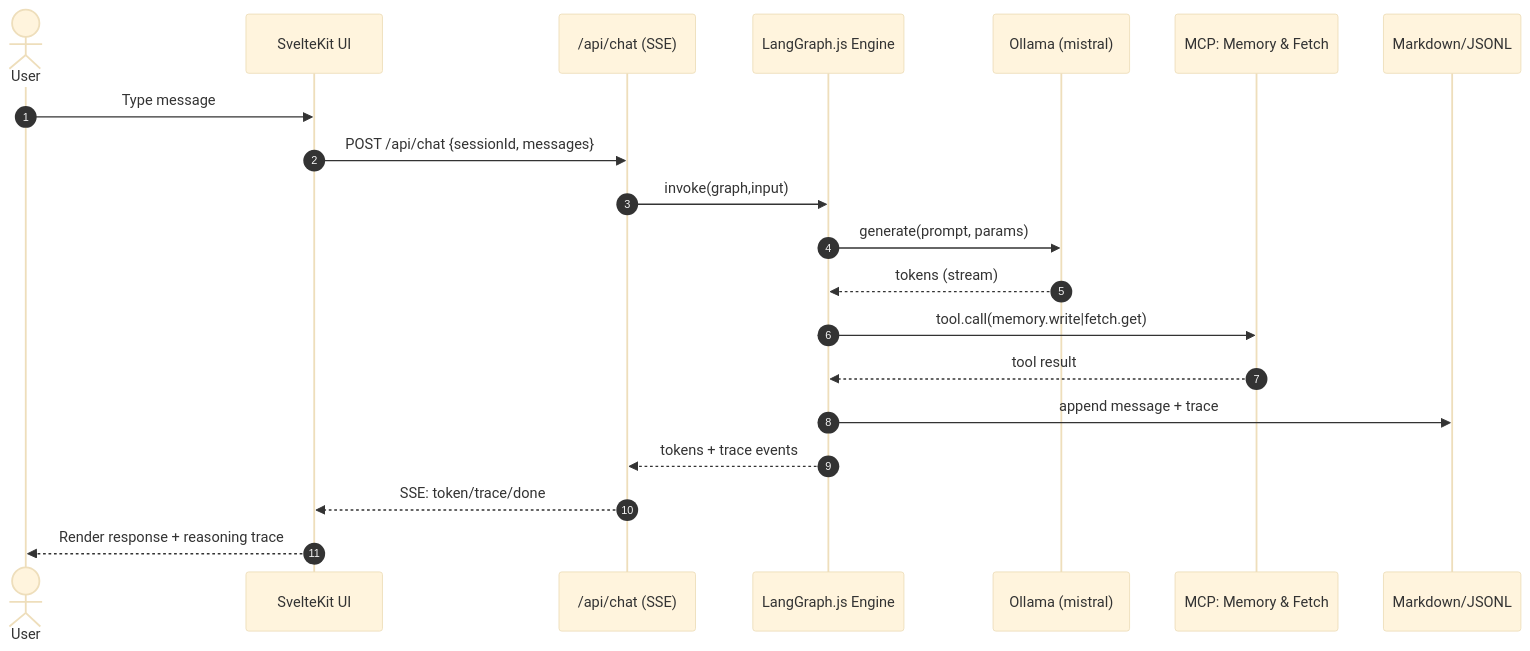
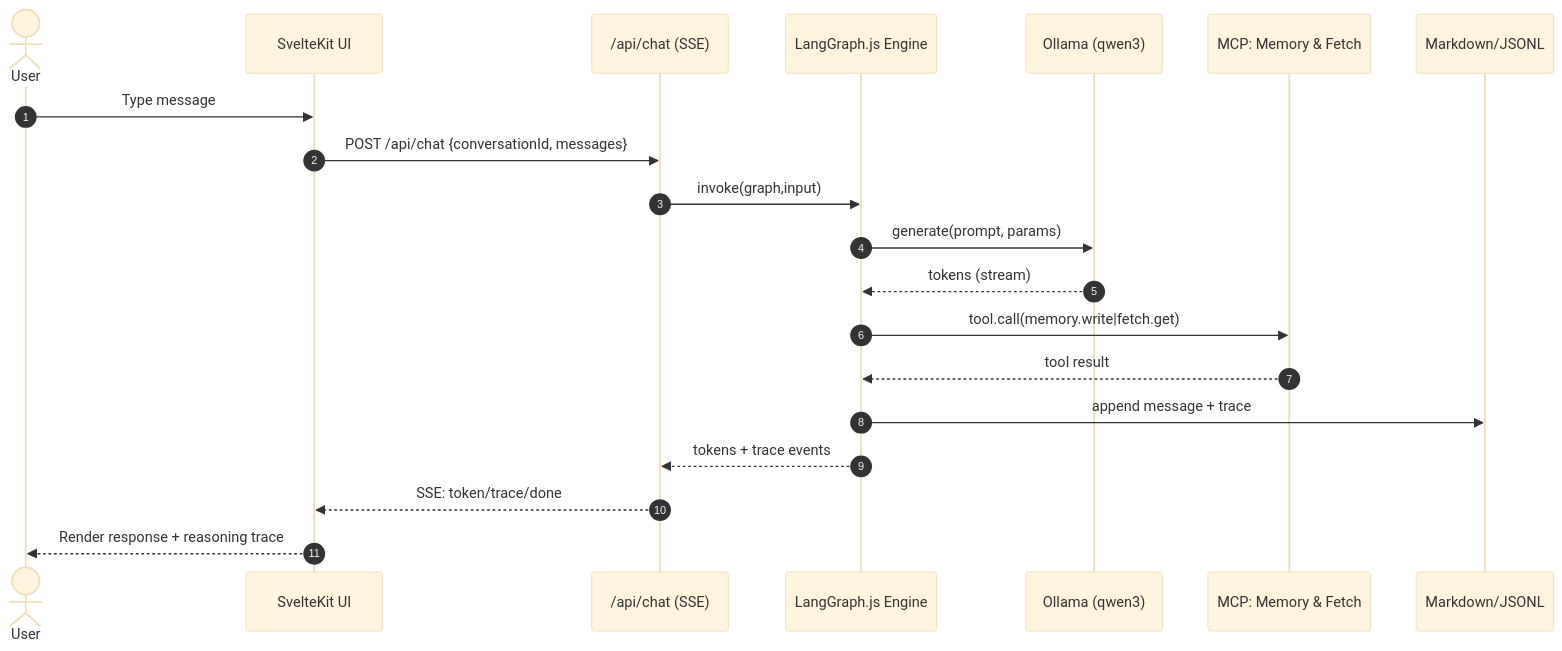
Before and after one commit to cognokratos/sophos-agent: the diagram in docs/architecture/6-core-workflows.md, drawn with Mermaid (base theme). The commit also changed other lines of this file and 233 other files, not shown here.

````diff
--- a/docs/architecture/6-core-workflows.md
+++ b/docs/architecture/6-core-workflows.md
@@ -5,23 +5,23 @@
 ```mermaid
 sequenceDiagram
 autonumber
 actor U as User
 participant FE as SvelteKit UI
 participant API as /api/chat (SSE)
 participant LG as LangGraph.js Engine
-participant LLM as Ollama (mistral)
+participant LLM as Ollama (qwen3)
 participant MCP as MCP: Memory & Fetch
 participant LOG as Markdown/JSONL
 
 U->>FE: Type message
-FE->>API: POST /api/chat {sessionId, messages}
+FE->>API: POST /api/chat {conversationId, messages}
 API->>LG: invoke(graph,input)
 LG->>LLM: generate(prompt, params)
 LLM-->>LG: tokens (stream)
 LG->>MCP: tool.call(memory.write|fetch.get)
 MCP-->>LG: tool result
 LG->>LOG: append message + trace
 LG-->>API: tokens + trace events
 API-->>FE: SSE: token/trace/done
 FE-->>U: Render response + reasoning trace
 ```
````
